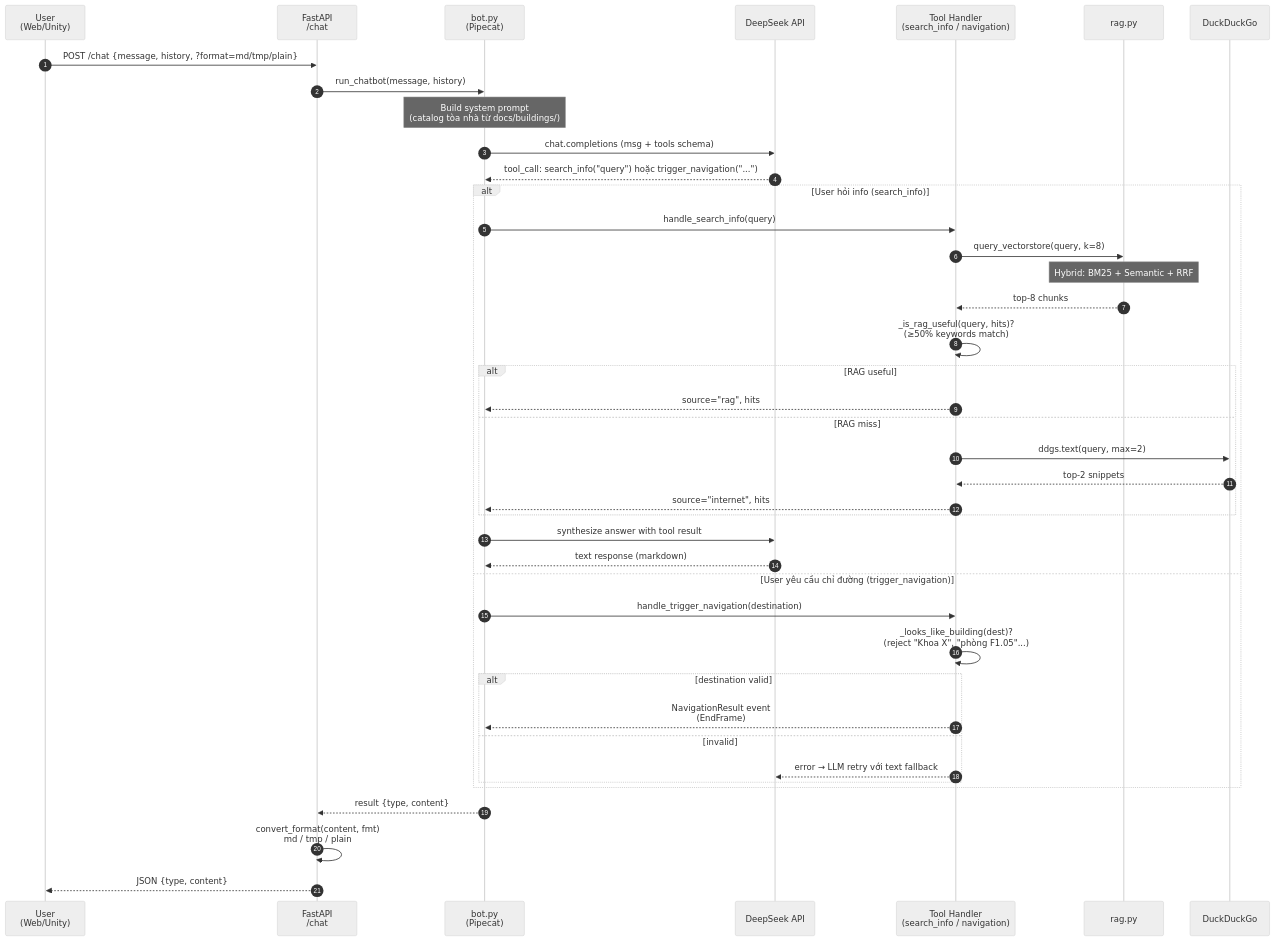
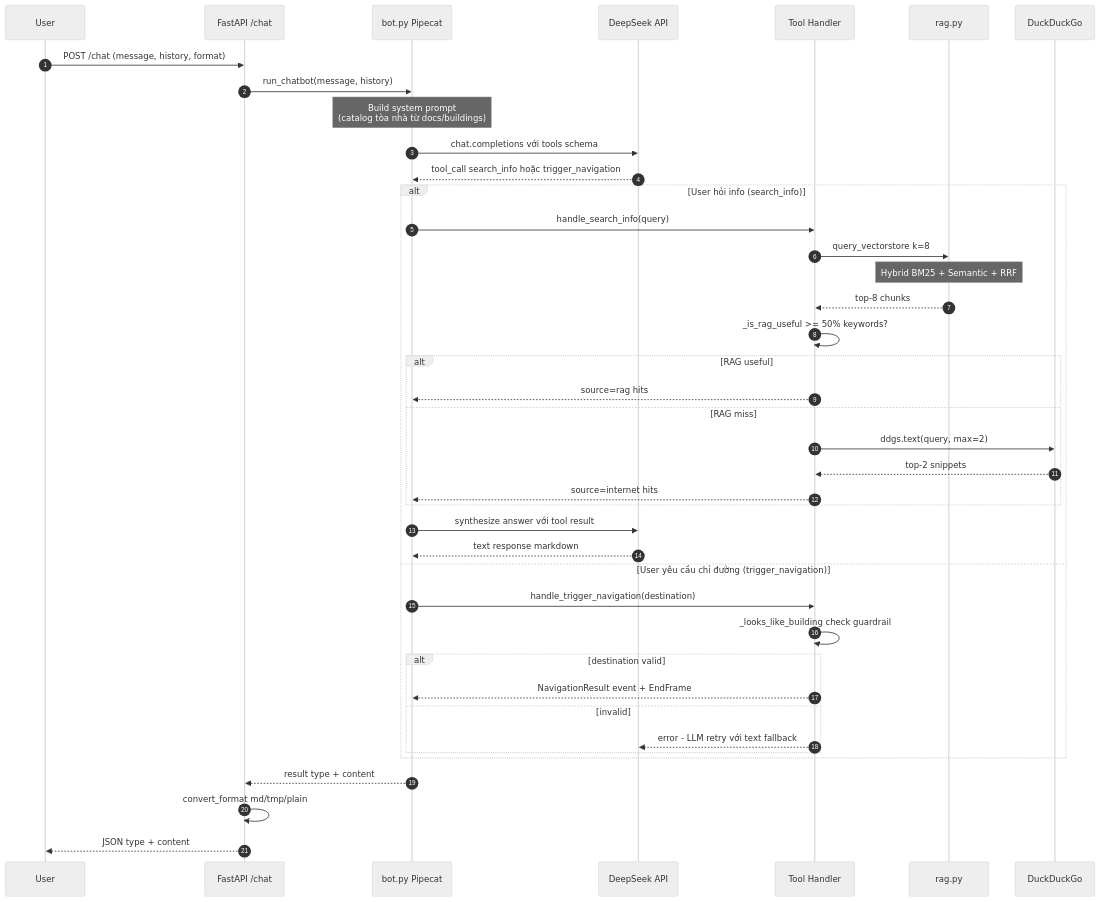
The second of 8 diagrams in ARCHITECTURE.md (EricDuong5423/AIChatBot), drawn with Mermaid (neutral theme) before and after one commit. The commit also changed other lines of this file and 5 other files, not shown here.

````diff
--- a/ARCHITECTURE.md
+++ b/ARCHITECTURE.md
@@ -98,51 +98,51 @@
 ```mermaid
 sequenceDiagram
     autonumber
-    participant U as User<br/>(Web/Unity)
-    participant API as FastAPI<br/>/chat
-    participant BOT as bot.py<br/>(Pipecat)
+    participant U as User
+    participant API as FastAPI /chat
+    participant BOT as bot.py Pipecat
     participant LLM as DeepSeek API
-    participant TOOL as Tool Handler<br/>(search_info / navigation)
+    participant TOOL as Tool Handler
     participant RAG as rag.py
     participant DDG as DuckDuckGo
 
-    U->>API: POST /chat {message, history, ?format=md/tmp/plain}
+    U->>API: POST /chat (message, history, format)
     API->>BOT: run_chatbot(message, history)
 
-    Note over BOT: Build system prompt<br/>(catalog tòa nhà từ docs/buildings/)
+    Note over BOT: Build system prompt<br/>(catalog tòa nhà từ docs/buildings)
 
-    BOT->>LLM: chat.completions (msg + tools schema)
-    LLM-->>BOT: tool_call: search_info("query") hoặc trigger_navigation("...")
+    BOT->>LLM: chat.completions với tools schema
+    LLM-->>BOT: tool_call search_info hoặc trigger_navigation
 
     alt User hỏi info (search_info)
         BOT->>TOOL: handle_search_info(query)
-        TOOL->>RAG: query_vectorstore(query, k=8)
-        Note over RAG: Hybrid: BM25 + Semantic + RRF
+        TOOL->>RAG: query_vectorstore k=8
+        Note over RAG: Hybrid BM25 + Semantic + RRF
         RAG-->>TOOL: top-8 chunks
-        TOOL->>TOOL: _is_rag_useful(query, hits)?<br/>(≥50% keywords match)
+        TOOL->>TOOL: _is_rag_useful >= 50% keywords?
 
         alt RAG useful
-            TOOL-->>BOT: source="rag", hits
+            TOOL-->>BOT: source=rag hits
         else RAG miss
             TOOL->>DDG: ddgs.text(query, max=2)
             DDG-->>TOOL: top-2 snippets
-            TOOL-->>BOT: source="internet", hits
+            TOOL-->>BOT: source=internet hits
         end
 
-        BOT->>LLM: synthesize answer with tool result
-        LLM-->>BOT: text response (markdown)
+        BOT->>LLM: synthesize answer với tool result
+        LLM-->>BOT: text response markdown
 
     else User yêu cầu chỉ đường (trigger_navigation)
         BOT->>TOOL: handle_trigger_navigation(destination)
-        TOOL->>TOOL: _looks_like_building(dest)?<br/>(reject "Khoa X", "phòng F1.05"...)
+        TOOL->>TOOL: _looks_like_building check guardrail
         alt destination valid
-            TOOL-->>BOT: NavigationResult event<br/>(EndFrame)
+            TOOL-->>BOT: NavigationResult event + EndFrame
         else invalid
-            TOOL-->>LLM: error → LLM retry với text fallback
+            TOOL-->>LLM: error - LLM retry với text fallback
         end
     end
 
-    BOT-->>API: result {type, content}
-    API->>API: convert_format(content, fmt)<br/>md / tmp / plain
-    API-->>U: JSON {type, content}
+    BOT-->>API: result type + content
+    API->>API: convert_format md/tmp/plain
+    API-->>U: JSON type + content
 ```
````
